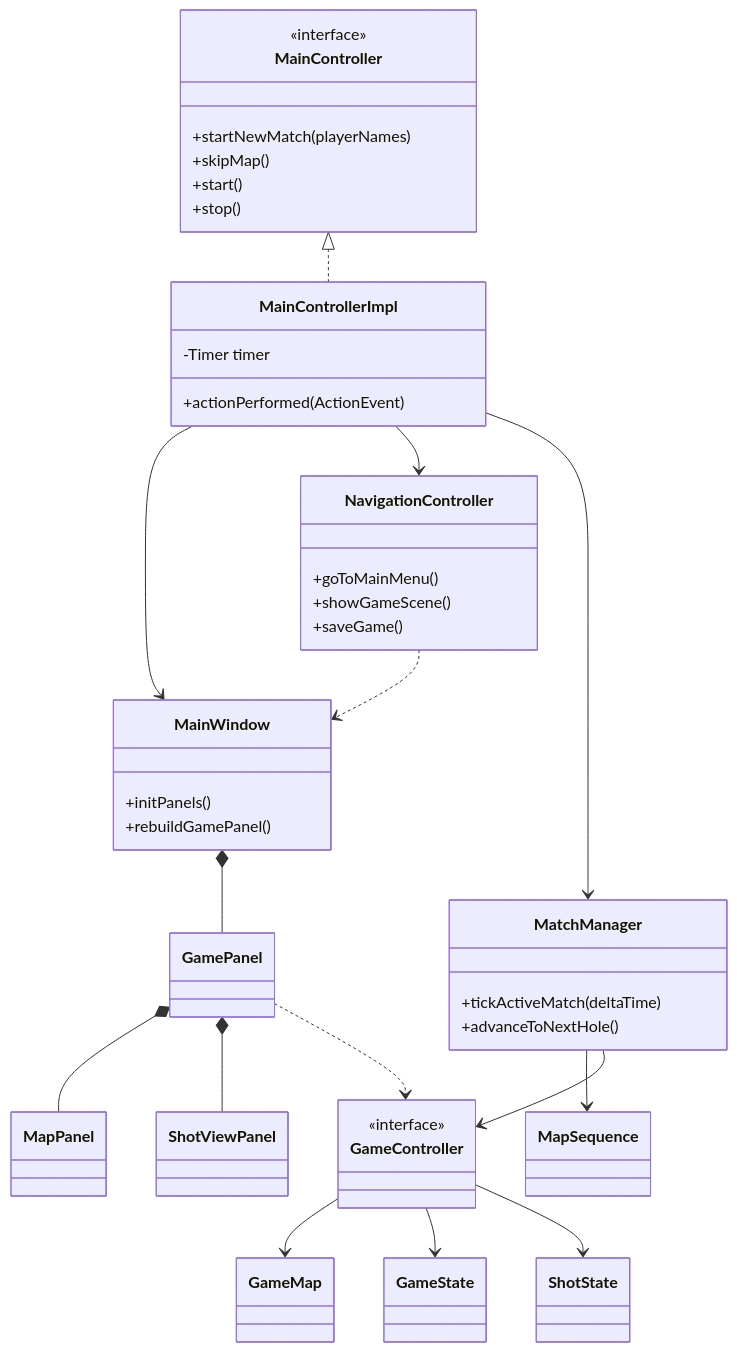
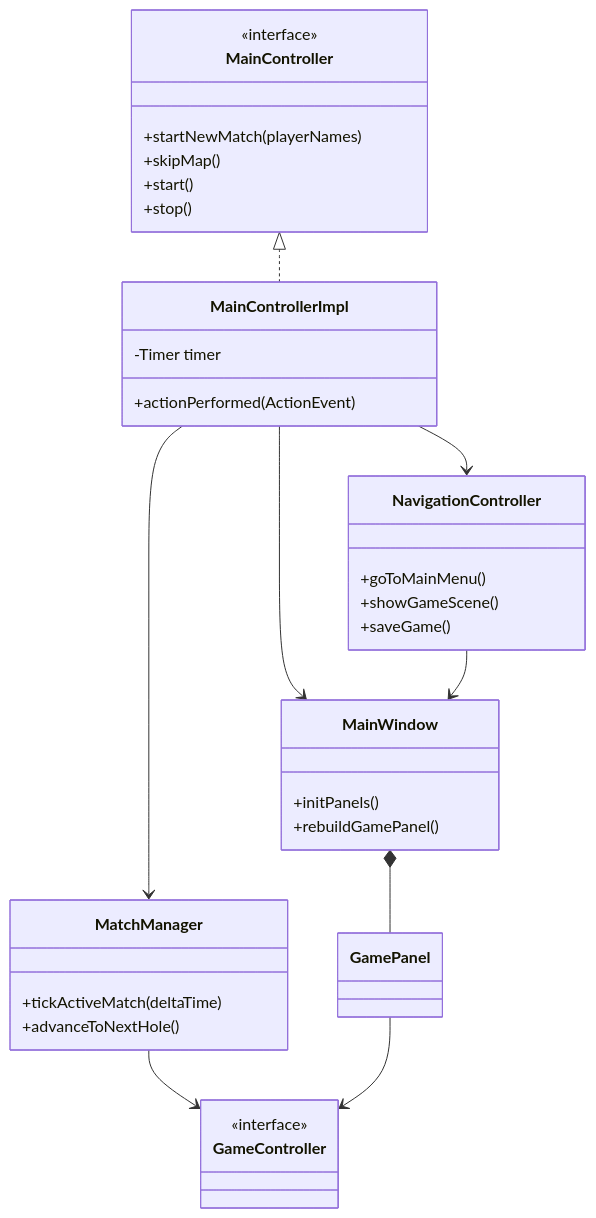
The second of 12 diagrams in notes/report/report.md (jjacomo/OOP25-mini-gOOlf), drawn with Mermaid before and after one commit. The commit also changed other lines of this file, not shown here.

````diff
--- a/notes/report/report.md
+++ b/notes/report/report.md
@@ -103,59 +104,47 @@
 ```mermaid
 classDiagram
     class MainController {
         <<interface>>
         +startNewMatch(playerNames)
         +skipMap()
         +start()
         +stop()
     }
     class MainControllerImpl {
         -Timer timer
         +actionPerformed(ActionEvent)
     }
     class MatchManager {
         +tickActiveMatch(deltaTime)
         +advanceToNextHole()
     }
     class NavigationController {
         +goToMainMenu()
         +showGameScene()
         +saveGame()
     }
     class GameController {
         <<interface>>
     }
 
     class MainWindow {
         +initPanels()
         +rebuildGamePanel()
     }
     class GamePanel
-    class MapPanel
-    class ShotViewPanel
-
-    class GameMap
-    class GameState
-    class ShotState
-    class MapSequence
+    
 
     MainController <|.. MainControllerImpl
     MainControllerImpl --> MainWindow
     MainControllerImpl --> NavigationController
     MainControllerImpl --> MatchManager
     
-    MatchManager --> MapSequence
     MatchManager --> GameController
     
-    NavigationController ..> MainWindow
+    NavigationController --> MainWindow
     
     MainWindow *-- GamePanel
-    GamePanel *-- MapPanel
-    GamePanel *-- ShotViewPanel
     
-    GamePanel ..> GameController
+    GamePanel --> GameController
     
-    GameController --> GameMap
-    GameController --> GameState
-    GameController --> ShotState
 ```
````
